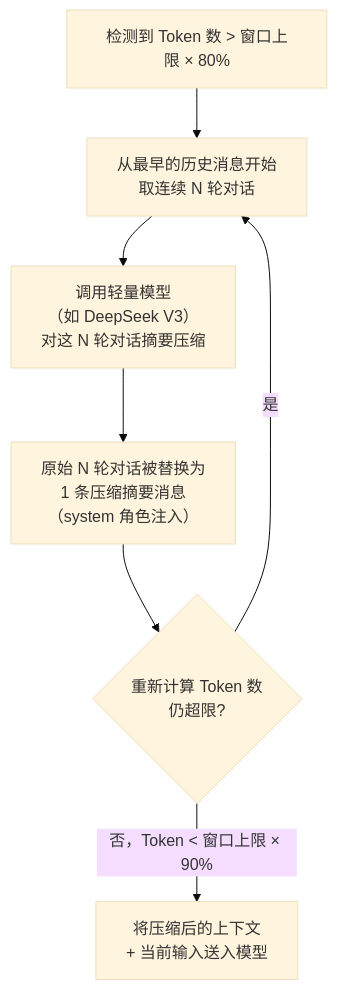
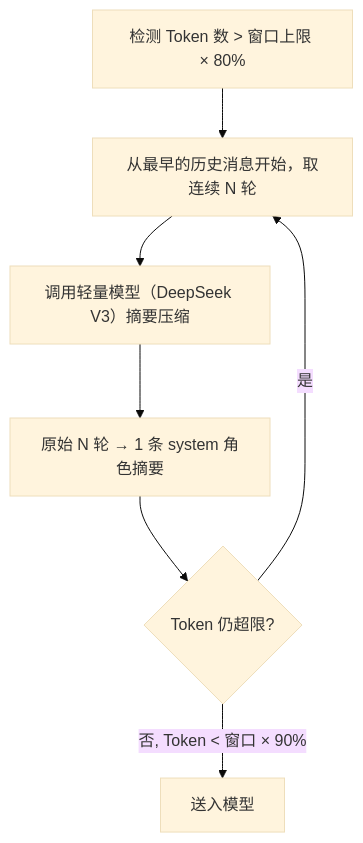
Before and after one commit to fri555/PORTL: diagram 19 of 24 in docs/需求文档/AI工作门户-MVP-PRD.md, drawn with Mermaid (base theme). The commit also changed other lines of this file and 55 other files, not shown here.

````diff
--- a/docs/需求文档/AI工作门户-MVP-PRD.md
+++ b/docs/需求文档/AI工作门户-MVP-PRD.md
@@ -1288,9 +1764,9 @@
 ```mermaid
 flowchart TD
-    A["检测到 Token 数 > 窗口上限 × 80%"] --> B["从最早的历史消息开始<br/>取连续 N 轮对话"]
-    B --> C["调用轻量模型<br/>（如 DeepSeek V3）<br/>对这 N 轮对话摘要压缩"]
-    C --> D["原始 N 轮对话被替换为<br/>1 条压缩摘要消息<br/>（system 角色注入）"]
-    D --> E{"重新计算 Token 数<br/>仍超限?"}
+    A["检测 Token 数 > 窗口上限 × 80%"] --> B["从最早的历史消息开始，取连续 N 轮"]
+    B --> C["调用轻量模型（DeepSeek V3）摘要压缩"]
+    C --> D["原始 N 轮 → 1 条 system 角色摘要"]
+    D --> E{"Token 仍超限?"}
     E -->|是| B
-    E -->|否，Token < 窗口上限 × 90%| F["将压缩后的上下文<br/>+ 当前输入送入模型"]
+    E -->|否, Token < 窗口 × 90%| F["送入模型"]
 ```
````
